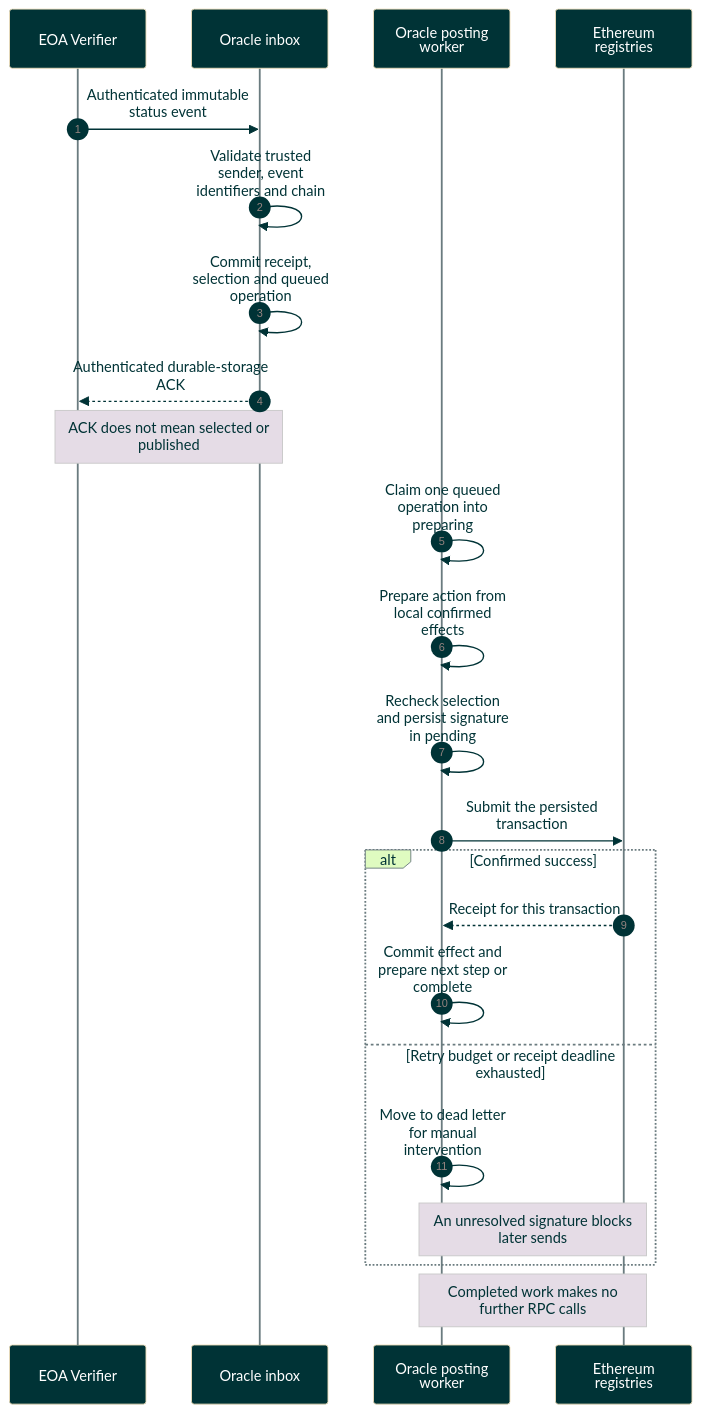
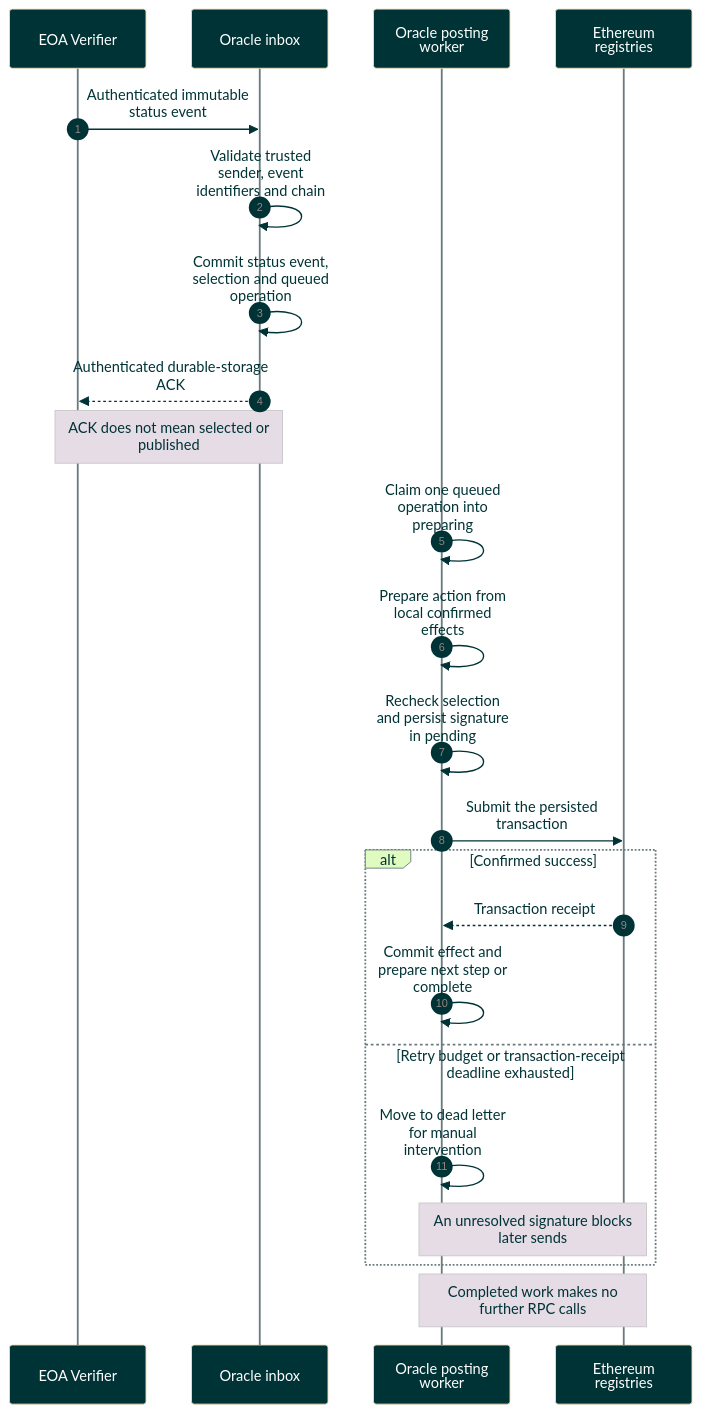
The diagram in docs/diagrams/sequence/oracle-endorsement-sequence.md (GLEIF-IT/vlei-oracle), drawn with Mermaid before and after one commit. The commit also changed other lines of this file and 32 other files, not shown here.

First line of the commit message:
Separate status-event processing from transaction receipt handling

````diff
--- a/docs/diagrams/sequence/oracle-endorsement-sequence.md
+++ b/docs/diagrams/sequence/oracle-endorsement-sequence.md
@@ -10,26 +10,26 @@
 ```mermaid
 %%{init: {"theme":"base","themeVariables":{"actorBkg":"#003336","actorTextColor":"#FFFFFF","signalColor":"#003336","signalTextColor":"#003336","noteBkgColor":"#E5DCE6","noteTextColor":"#003336","loopTextColor":"#003336","labelTextColor":"#003336","labelBoxBkgColor":"#DFFBC0","labelBoxBorderColor":"#6A7B7F","actorLineColor":"#6A7B7F","lineColor":"#6A7B7F"},"sequence":{"mirrorActors":true,"wrap":true}}}%%
 sequenceDiagram
     autonumber
     participant V as EOA Verifier
     participant O as Oracle inbox
     participant P as Oracle posting worker
     participant C as Ethereum registries
     V->>O: Authenticated immutable status event
     O->>O: Validate trusted sender, event identifiers and chain
-    O->>O: Commit receipt, selection and queued operation
+    O->>O: Commit status event, selection and queued operation
     O-->>V: Authenticated durable-storage ACK
     Note over V,O: ACK does not mean selected or published
     P->>P: Claim one queued operation into preparing
     P->>P: Prepare action from local confirmed effects
     P->>P: Recheck selection and persist signature in pending
     P->>C: Submit the persisted transaction
     alt Confirmed success
-        C-->>P: Receipt for this transaction
+        C-->>P: Transaction receipt
         P->>P: Commit effect and prepare next step or complete
-    else Retry budget or receipt deadline exhausted
+    else Retry budget or transaction-receipt deadline exhausted
         P->>P: Move to dead letter for manual intervention
         Note over P,C: An unresolved signature blocks later sends
     end
     Note over P,C: Completed work makes no further RPC calls
 ```
````
